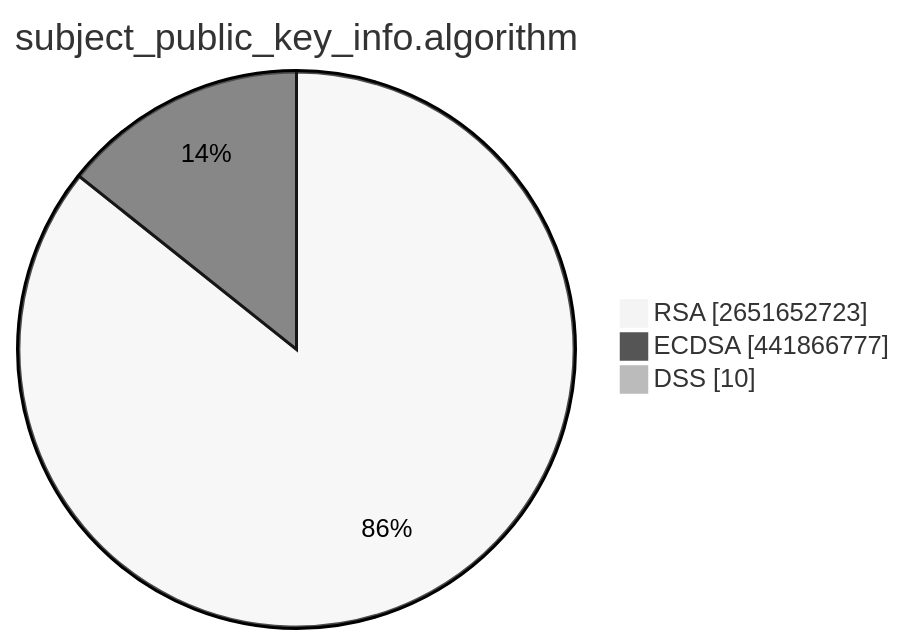
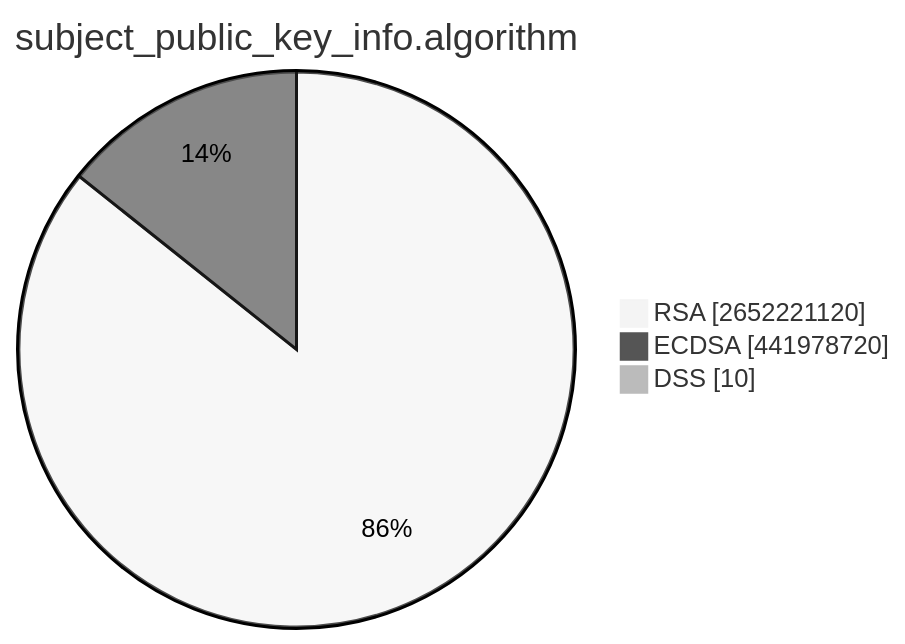
Before and after one commit to christiankrug/ctmonitor_visualization: the second of 15 diagrams in TOTAL/README.md, drawn with Mermaid (neutral theme). The commit also changed other lines of this file, not shown here.

````diff
--- a/TOTAL/README.md
+++ b/TOTAL/README.md
@@ -6,7 +6,7 @@
 ```mermaid
 pie showData
 title subject_public_key_info.algorithm
-"RSA" :2651652723
-"ECDSA" :441866777
+"RSA" :2652221120
+"ECDSA" :441978720
 "DSS" :10
 ```
````
